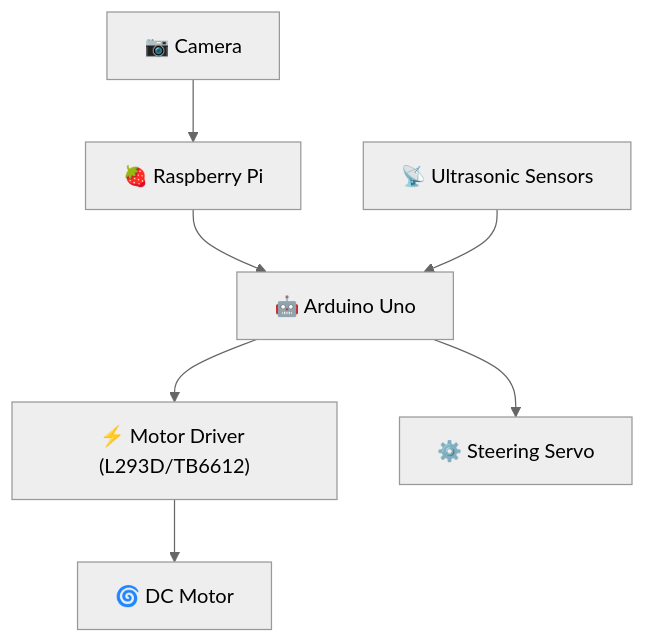
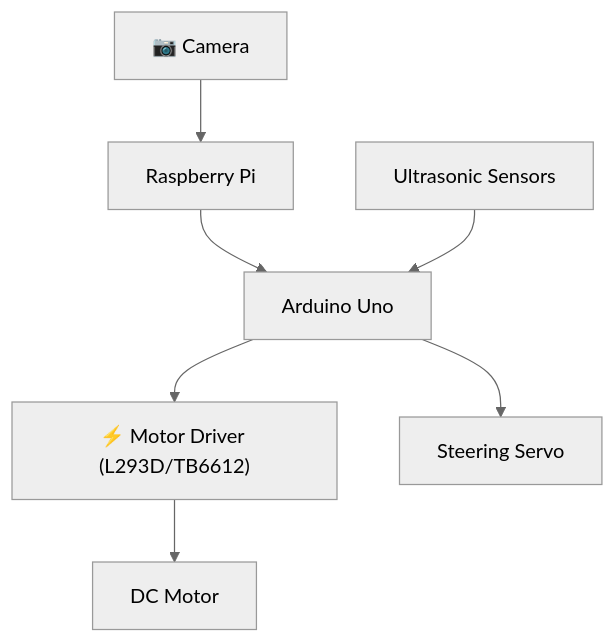
The second of 2 diagrams in schemes/README.md (Team-Gear-Guruz/WRO_FE_2025-26_GearGuruz), drawn with Mermaid (neutral theme) before and after one commit. The commit also changed other lines of this file, not shown here.

````diff
--- a/schemes/README.md
+++ b/schemes/README.md
@@ -66,9 +66,9 @@
 ```mermaid
 flowchart TD
-    Camera["📷 Camera"] --> Pi["🍓 Raspberry Pi"]
-    Pi --> Arduino["🤖 Arduino Uno"]
+    Camera["📷 Camera"] --> Pi["Raspberry Pi"]
+    Pi --> Arduino["Arduino Uno"]
     Arduino --> MotorDriver["⚡ Motor Driver (L293D/TB6612)"]
-    MotorDriver --> DCMotor["🌀 DC Motor"]
-    Arduino --> Servo["⚙️ Steering Servo"]
-    Ultrasonics["📡 Ultrasonic Sensors"] --> Arduino
+    MotorDriver --> DCMotor["DC Motor"]
+    Arduino --> Servo["Steering Servo"]
+    Ultrasonics["Ultrasonic Sensors"] --> Arduino
 ```
````
